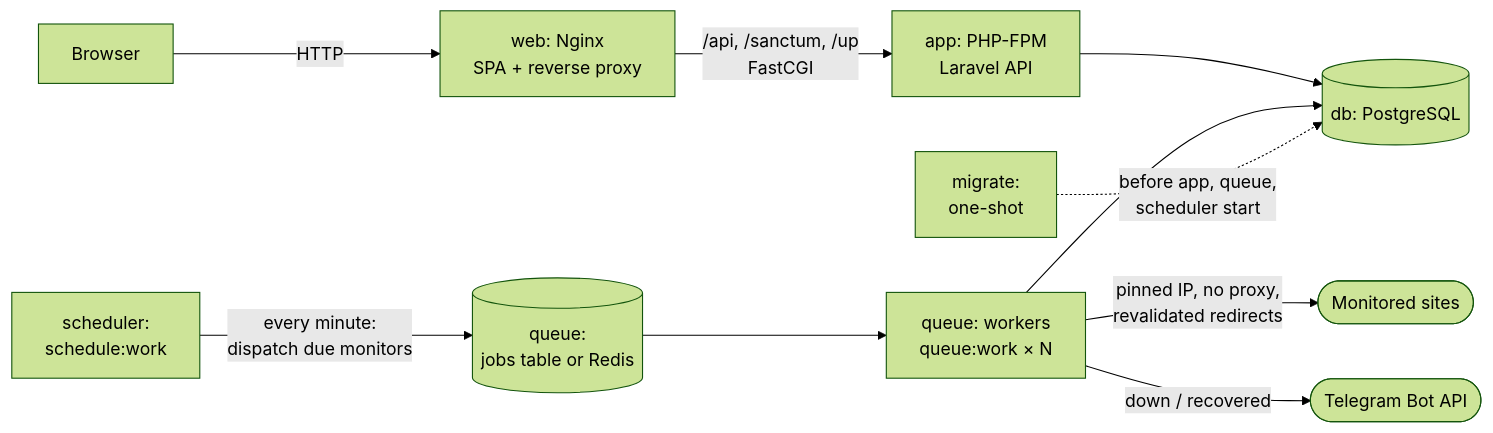
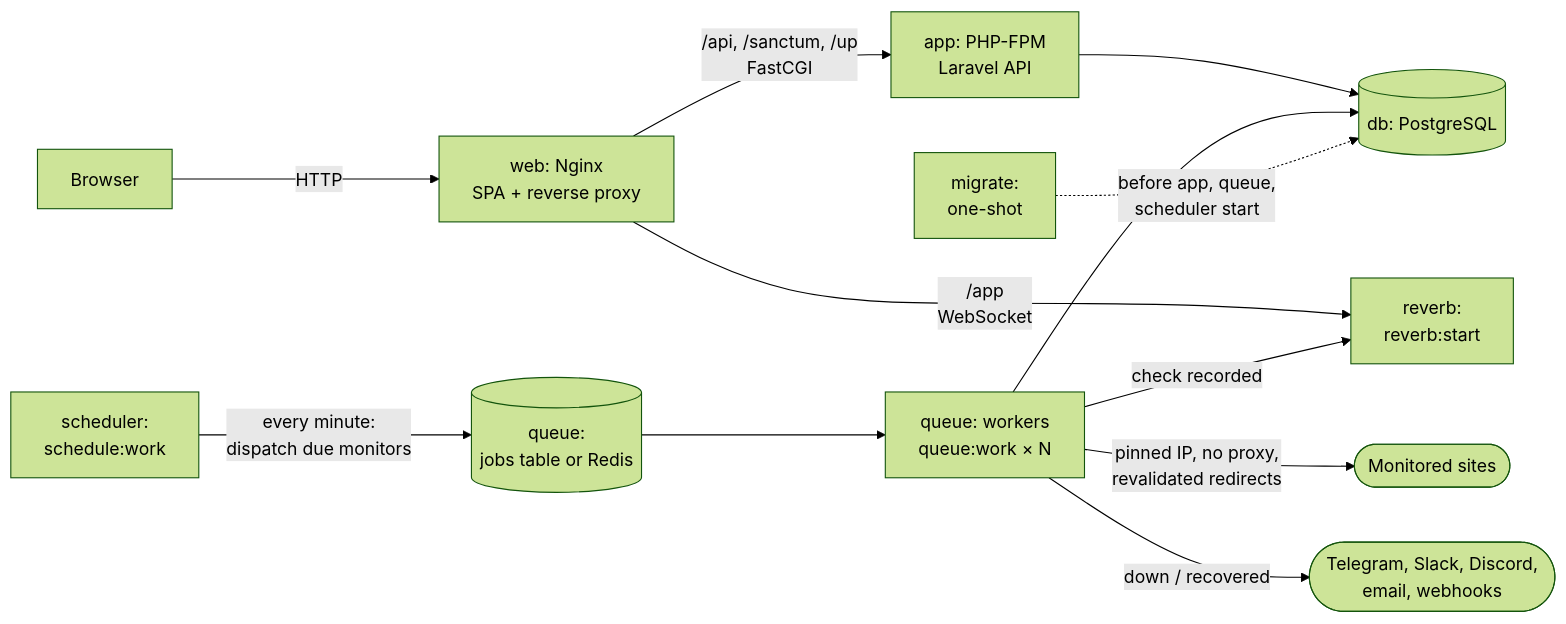
One commit to Viniciusadm/pulsecheck changed the diagram in README.md. Above: the diagram before and after it, drawn with Mermaid (forest theme). The commit also changed other lines of this file and 1 other file, not shown here.

````diff
--- a/README.md
+++ b/README.md
@@ -29,12 +29,14 @@
 ```mermaid
 flowchart LR
     browser[Browser] -->|HTTP| web[web: Nginx<br/>SPA + reverse proxy]
     web -->|/api, /sanctum, /up<br/>FastCGI| app[app: PHP-FPM<br/>Laravel API]
+    web -->|/app<br/>WebSocket| reverb[reverb:<br/>reverb:start]
+    workers -->|check recorded| reverb
     app --> db[(db: PostgreSQL)]
     scheduler[scheduler:<br/>schedule:work] -->|every minute:<br/>dispatch due monitors| queue[(queue:<br/>jobs table or Redis)]
     queue --> workers[queue: workers<br/>queue:work × N]
     workers -->|pinned IP, no proxy,<br/>revalidated redirects| targets([Monitored sites])
     workers --> db
-    workers -->|down / recovered| telegram([Telegram Bot API])
+    workers -->|down / recovered| channels([Telegram, Slack, Discord,<br/>email, webhooks])
     migrate[migrate:<br/>one-shot] -.->|before app, queue,<br/>scheduler start| db
 ```
````
